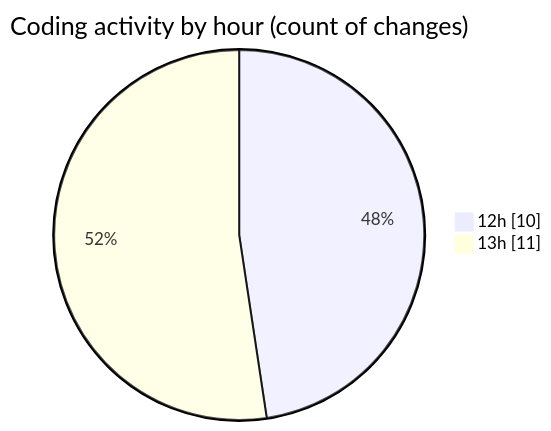
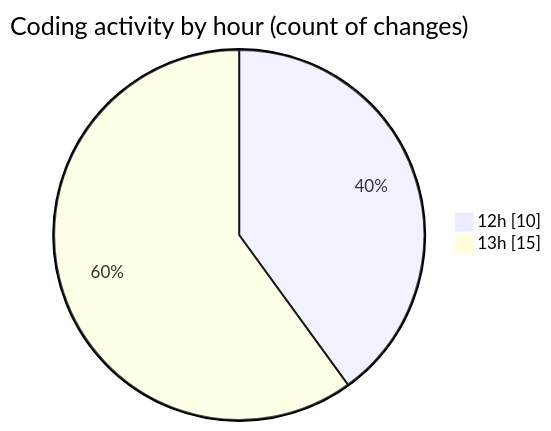
The second of 2 diagrams in 2025-05-15/argos-dev/README.md (nxtqubesakshisongat/code-tracking), drawn with Mermaid before and after one commit. The commit also changed other lines of this file and 1 other file, not shown here.

````diff
--- a/2025-05-15/argos-dev/README.md
+++ b/2025-05-15/argos-dev/README.md
@@ -29,6 +31,6 @@
 ```mermaid
 pie showData
 title Coding activity by hour (count of changes)
 "12h" : 10
-"13h" : 11
+"13h" : 15
 ```
````
